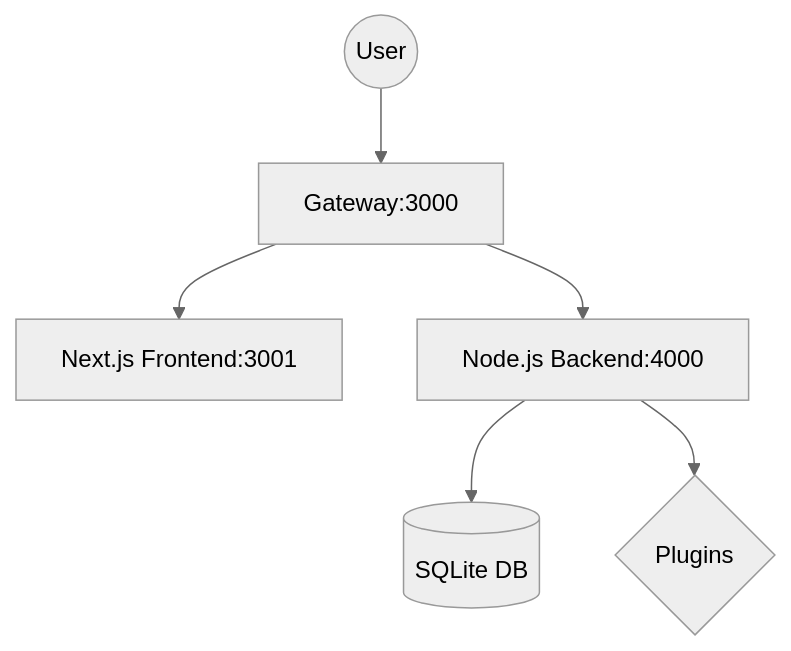
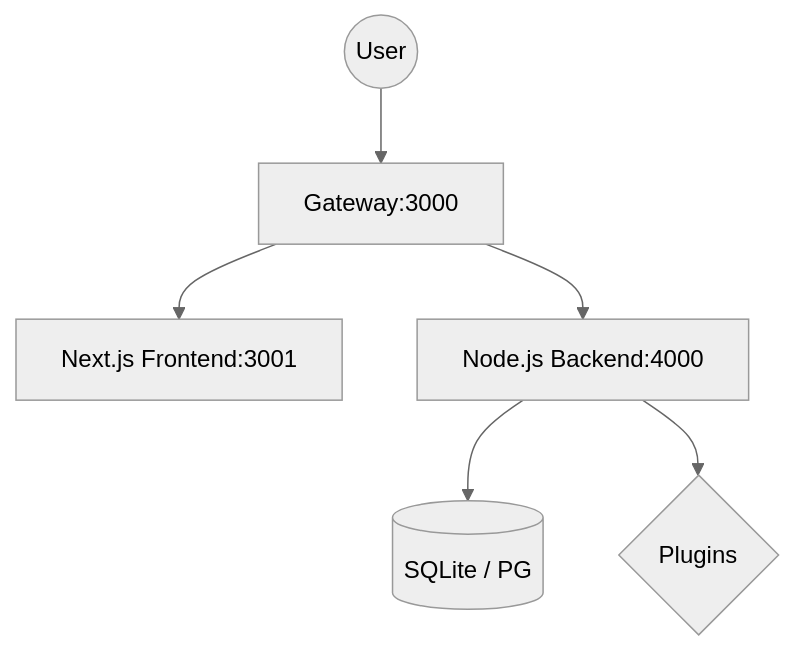
Before and after one commit to jaimemartinez/wordjs: the diagram in README.md, drawn with Mermaid (neutral theme). The commit also changed other lines of this file and 2428 other files, not shown here.

````diff
--- a/README.md
+++ b/README.md
@@ -24,8 +32,8 @@
 ```mermaid
 graph TD
     User((User)) --> Gateway[Gateway:3000]
     Gateway --> Frontend[Next.js Frontend:3001]
     Gateway --> Backend[Node.js Backend:4000]
-    Backend --> DB[(SQLite DB)]
+    Backend --> DB[(SQLite / PG)]
     Backend --> Plugins{Plugins}
 ```
````
